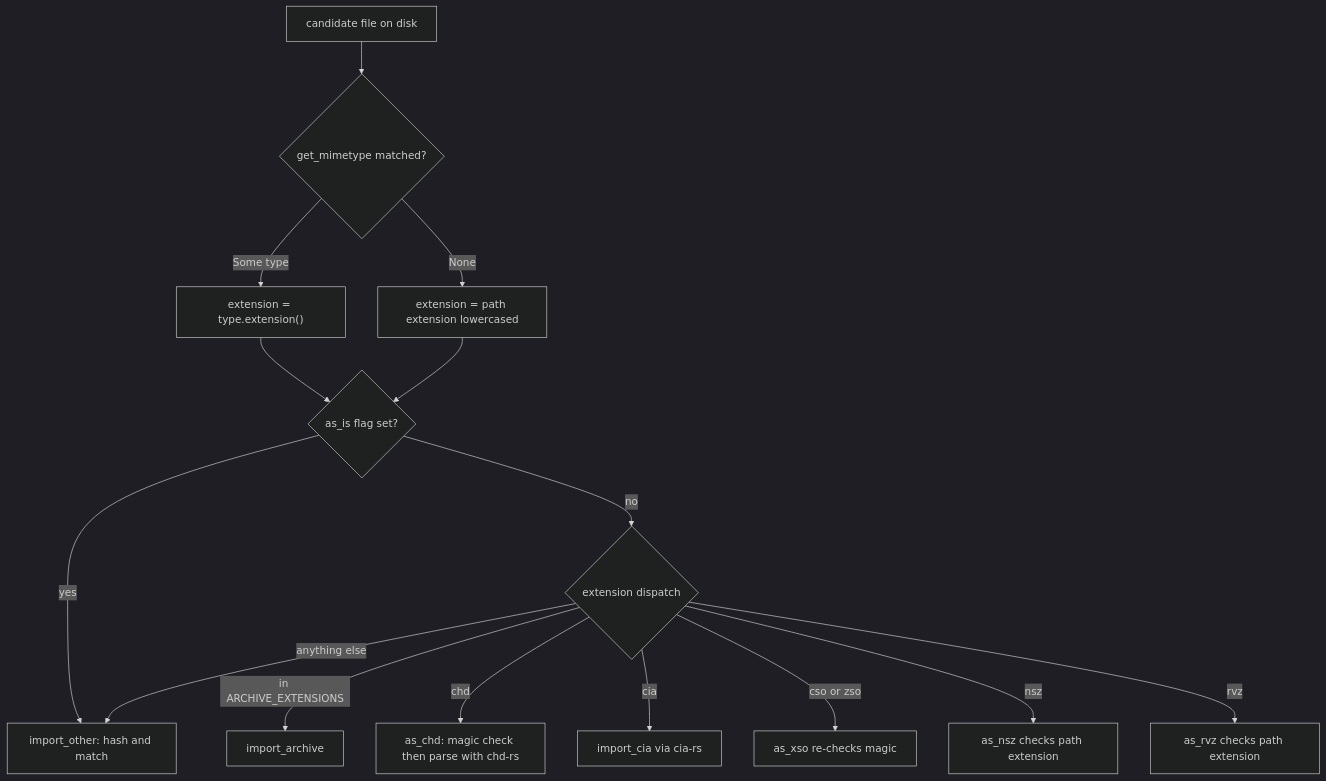
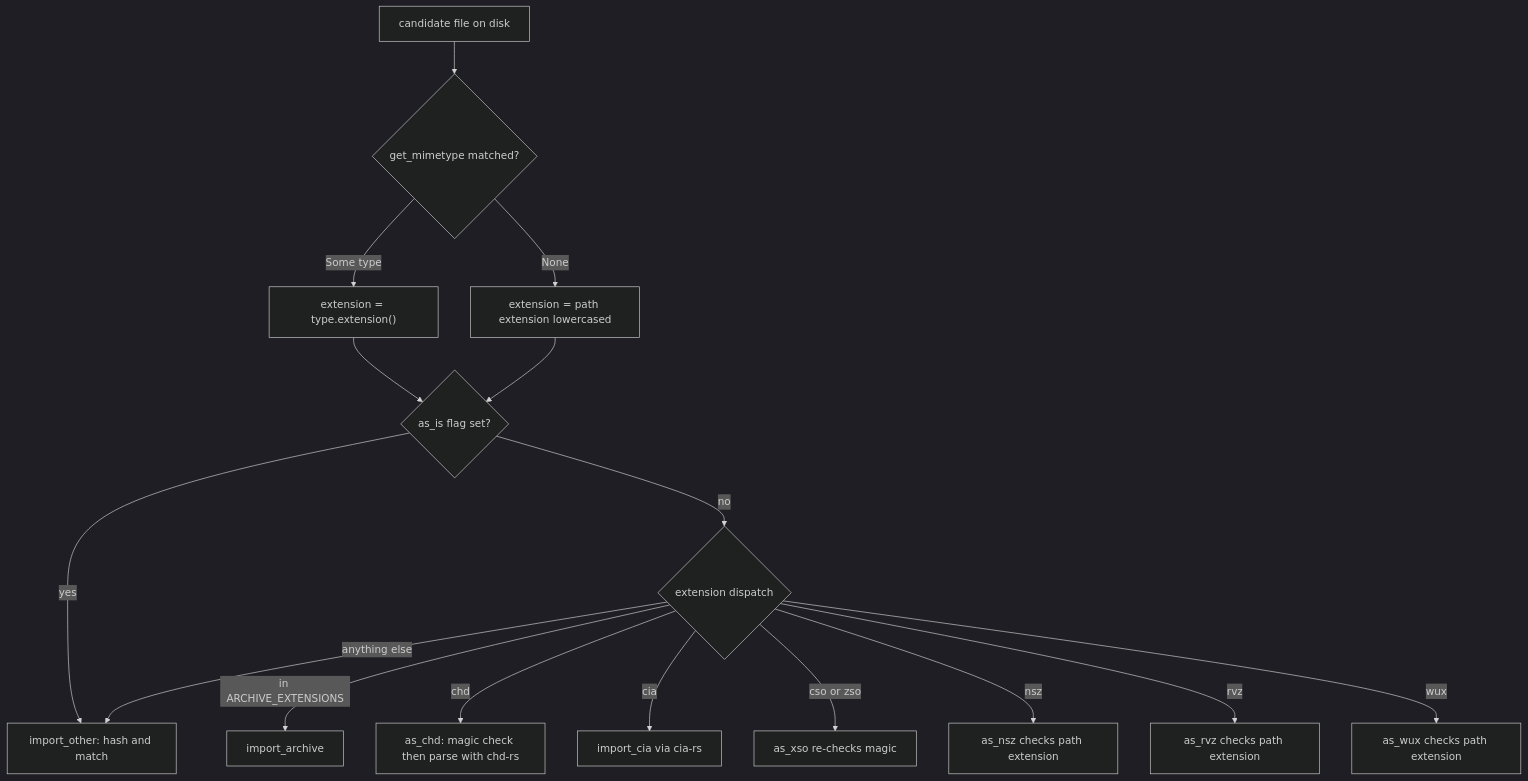
Before and after one commit to alucryd/oxyromon: the diagram in openwiki/concepts/file-type-detection-and-extensions.md, drawn with Mermaid (dark theme). The commit also changed other lines of this file and 64 other files, not shown here.

````diff
--- a/openwiki/concepts/file-type-detection-and-extensions.md
+++ b/openwiki/concepts/file-type-detection-and-extensions.md
@@ -171,17 +185,18 @@
 ```mermaid
 flowchart TD
     F["candidate file on disk"] --> Q{"get_mimetype matched?"}
     Q -- "Some type" --> E1["extension = type.extension()"]
     Q -- "None" --> E2["extension = path extension lowercased"]
     E1 --> AS{"as_is flag set?"}
     E2 --> AS
     AS -- "yes" --> O["import_other: hash and match"]
     AS -- "no" --> D{"extension dispatch"}
     D -- "in ARCHIVE_EXTENSIONS" --> A["import_archive"]
     D -- "chd" --> C["as_chd: magic check then parse with chd-rs"]
     D -- "cia" --> CIA["import_cia via cia-rs"]
     D -- "cso or zso" --> X["as_xso re-checks magic"]
     D -- "nsz" --> N["as_nsz checks path extension"]
     D -- "rvz" --> R["as_rvz checks path extension"]
+    D -- "wux" --> W["as_wux checks path extension"]
     D -- "anything else" --> O
 ```
````
